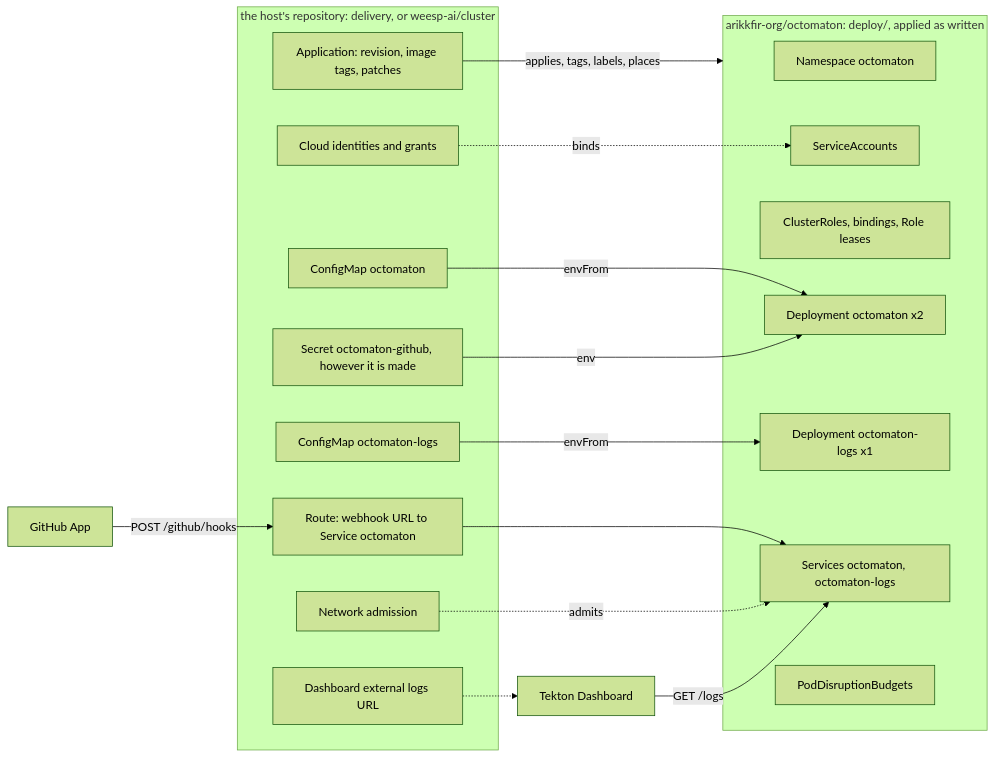
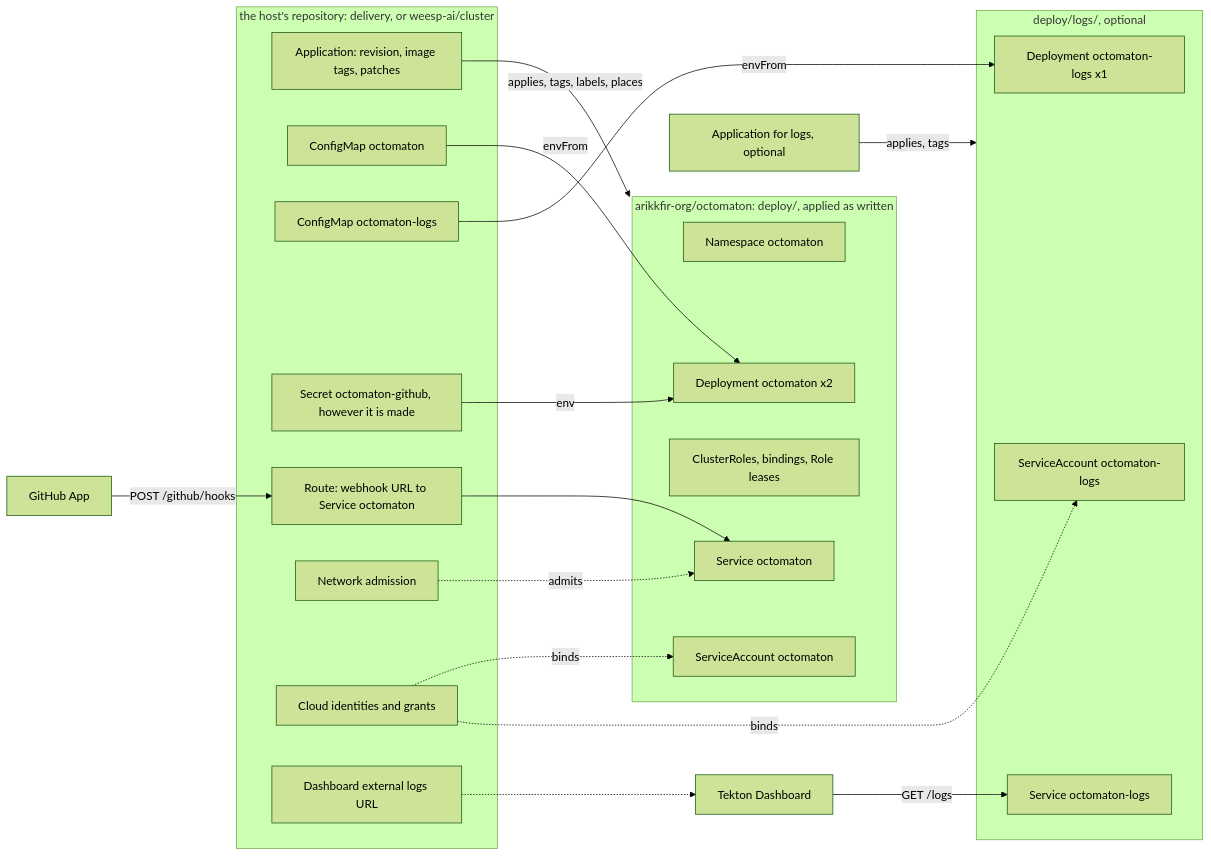
One commit to arikkfir-org/octomaton changed the first of 2 diagrams in docs/octomaton/designs/host-agnostic.md. Above: the diagram before and after it, drawn with Mermaid (forest theme). The commit also changed other lines of this file, not shown here.

First line of the commit message:
docs(design): octomaton-logs is its own kustomization

````diff
--- a/docs/octomaton/designs/host-agnostic.md
+++ b/docs/octomaton/designs/host-agnostic.md
@@ -44,31 +44,36 @@
 ```mermaid
 flowchart LR
   subgraph O["arikkfir-org/octomaton: deploy/, applied as written"]
     NS[Namespace octomaton]
-    SA[ServiceAccounts]
+    SA[ServiceAccount octomaton]
     RBAC[ClusterRoles, bindings, Role leases]
     D1[Deployment octomaton x2]
+    SVC[Service octomaton]
+  end
+  subgraph L["deploy/logs/, optional"]
+    SA2[ServiceAccount octomaton-logs]
     D2[Deployment octomaton-logs x1]
-    SVC[Services octomaton, octomaton-logs]
-    PDB[PodDisruptionBudgets]
+    SVC2[Service octomaton-logs]
   end
   subgraph H["the host's repository: delivery, or weesp-ai/cluster"]
     APP[Application: revision, image tags, patches]
     CM1[ConfigMap octomaton]
     CM2[ConfigMap octomaton-logs]
     SEC[Secret octomaton-github, however it is made]
     RT[Route: webhook URL to Service octomaton]
     NP[Network admission]
     IAM[Cloud identities and grants]
     DASH[Dashboard external logs URL]
   end
   GH[GitHub App] -->|POST /github/hooks| RT --> SVC
   APP -->|applies, tags, labels, places| O
+  APP2[Application for logs, optional] -->|applies, tags| L
   CM1 -->|envFrom| D1
   CM2 -->|envFrom| D2
   SEC -->|env| D1
   NP -.->|admits| SVC
   IAM -.->|binds| SA
-  TD[Tekton Dashboard] -->|GET /logs| SVC
+  IAM -.->|binds| SA2
+  TD[Tekton Dashboard] -->|GET /logs| SVC2
   DASH -.-> TD
 ```
````
